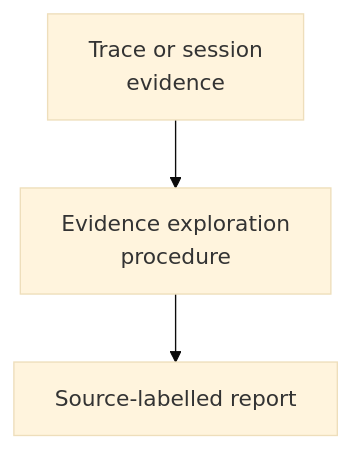
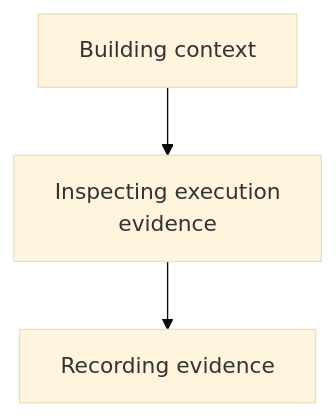
The diagram in skills/exploring-execution-evidence/as-is.md (abstract-business-systems/as-is), drawn with Mermaid (base theme) before and after one commit. The commit also changed other lines of this file and 245 other files, not shown here.

````diff
--- a/skills/exploring-execution-evidence/as-is.md
+++ b/skills/exploring-execution-evidence/as-is.md
@@ -21,5 +14,5 @@
 ```mermaid
 flowchart TD
-    A["Trace or session<br/>evidence"] --> B["Evidence exploration<br/>procedure"]
-    B --> C["Source-labelled report"]
+    A["Building context"] --> B["Inspecting execution<br/>evidence"]
+    B --> C["Recording evidence"]
 ```
````
